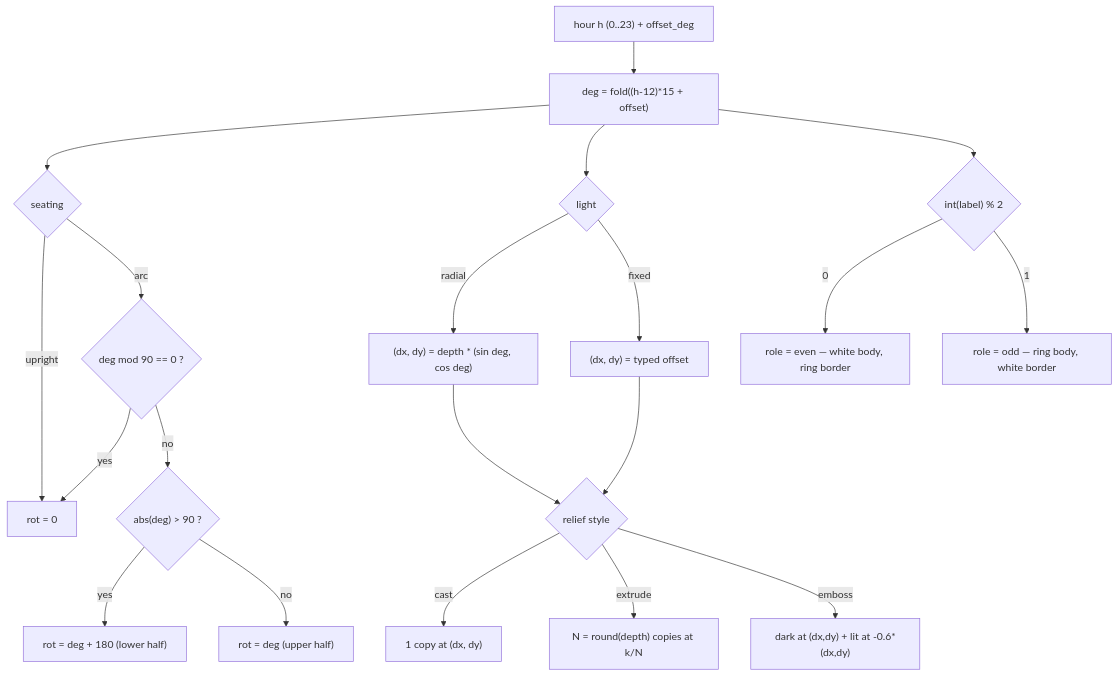
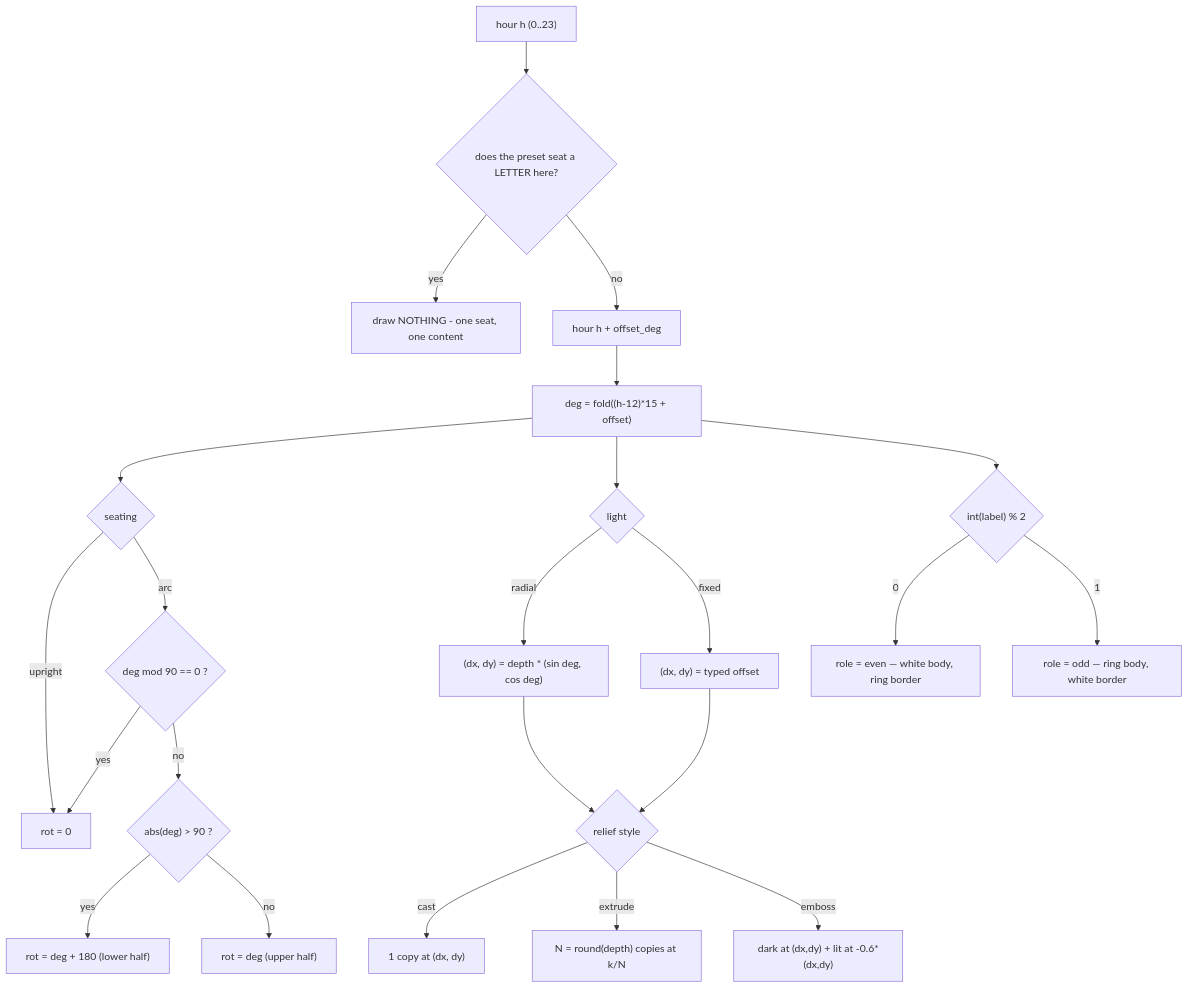
The diagram in core/__flow/numerals.md (UVuruna/Watch-Academy), drawn with Mermaid before and after one commit. The commit also changed other lines of this file and 7 other files, not shown here.

First line of the commit message:
0.14.801 The composition law grows its tooth — one seat one content, sampled at the Ω's own pixels

````diff
--- a/core/__flow/numerals.md
+++ b/core/__flow/numerals.md
@@ -5,22 +5,25 @@
 ```mermaid
 flowchart TD
-    A["hour h (0..23) + offset_deg"] --> B["deg = fold((h-12)*15 + offset)"]
+    Z["hour h (0..23)"] --> Y{"does the preset seat a LETTER here?"}
+    Y -->|yes| X["draw NOTHING - one seat, one content"]
+    Y -->|no| A["hour h + offset_deg"]
+    A --> B["deg = fold((h-12)*15 + offset)"]
     B --> C{seating}
     C -->|upright| D["rot = 0"]
     C -->|arc| E{"deg mod 90 == 0 ?"}
     E -->|yes| D
     E -->|no| F{"abs(deg) > 90 ?"}
     F -->|yes| G["rot = deg + 180 (lower half)"]
     F -->|no| H["rot = deg (upper half)"]
     B --> I{light}
     I -->|radial| J["(dx, dy) = depth * (sin deg, cos deg)"]
     I -->|fixed| K["(dx, dy) = typed offset"]
     J --> L{relief style}
     K --> L
     L -->|cast| M["1 copy at (dx, dy)"]
     L -->|extrude| N["N = round(depth) copies at k/N"]
     L -->|emboss| O["dark at (dx,dy) + lit at -0.6*(dx,dy)"]
     B --> P{"int(label) % 2"}
     P -->|0| Q["role = even — white body, ring border"]
     P -->|1| R["role = odd — ring body, white border"]
 ```
````
